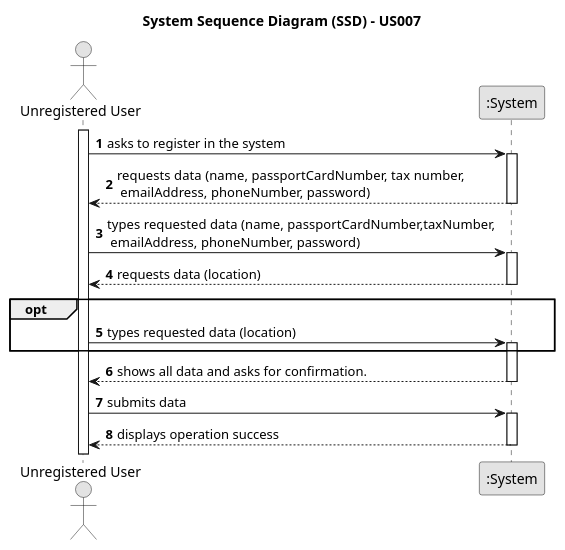
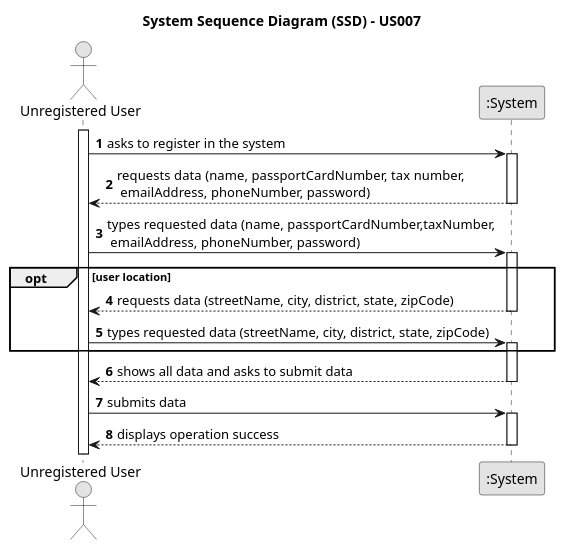
One commit to rita-barbosa/LAPR2-2223 changed the diagram in docs/sprintB/us007/01.requirements-engineering/puml/us007-system-sequence-diagram.puml. Above: the diagram before and after it, drawn with PlantUML. The commit also changed 4 other files, not shown here.

```diff
--- a/docs/sprintB/us007/01.requirements-engineering/puml/us007-system-sequence-diagram.puml
+++ b/docs/sprintB/us007/01.requirements-engineering/puml/us007-system-sequence-diagram.puml
@@ -1,41 +1,41 @@
 @startuml
 skinparam monochrome true
 skinparam packageStyle rectangle
 skinparam shadowing false
 
 title System Sequence Diagram (SSD) - US007
 
 autonumber
 
 actor "Unregistered User" as User
 participant ":System" as System
 
 activate User
 
     User -> System : asks to register in the system
     activate System
 
     System --> User : requests data (name, passportCardNumber, tax number,\n emailAddress, phoneNumber, password)
     deactivate System
 
     User -> System : types requested data (name, passportCardNumber,taxNumber,\n emailAddress, phoneNumber, password)
     activate System
 
-    System --> User : requests data (location)
+    opt user location
+    System --> User : requests data (streetName, city, district, state, zipCode)
     deactivate System
 
-    opt
-    User -> System : types requested data (location)
+    User -> System : types requested data (streetName, city, district, state, zipCode)
     activate System
     end opt
 
-    System --> User : shows all data and asks for confirmation.
+    System --> User : shows all data and asks to submit data
     deactivate System
 
     User -> System : submits data
     activate System
 
     System --> User : displays operation success
     deactivate System
 
 @enduml
```
